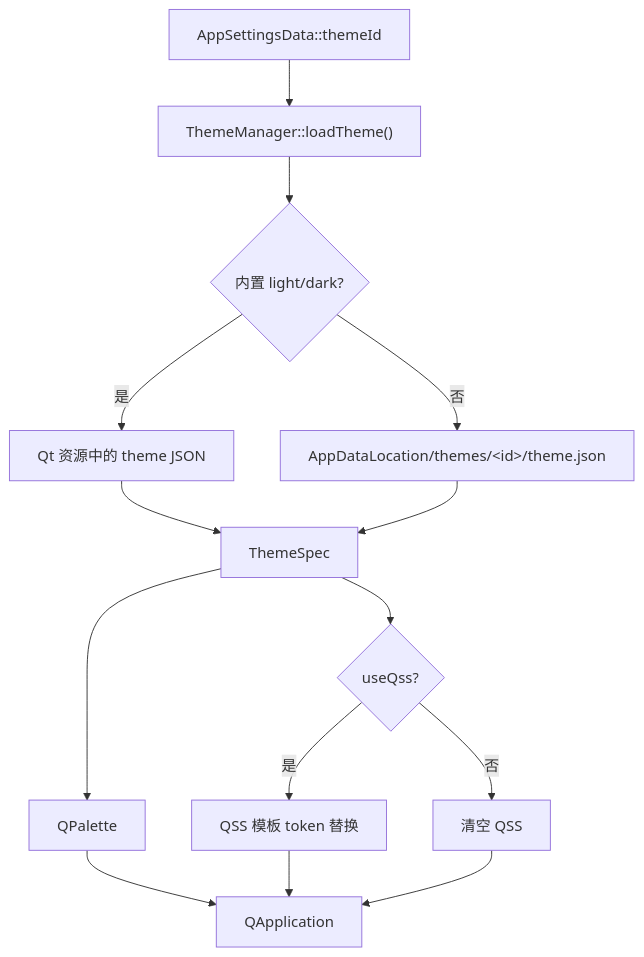
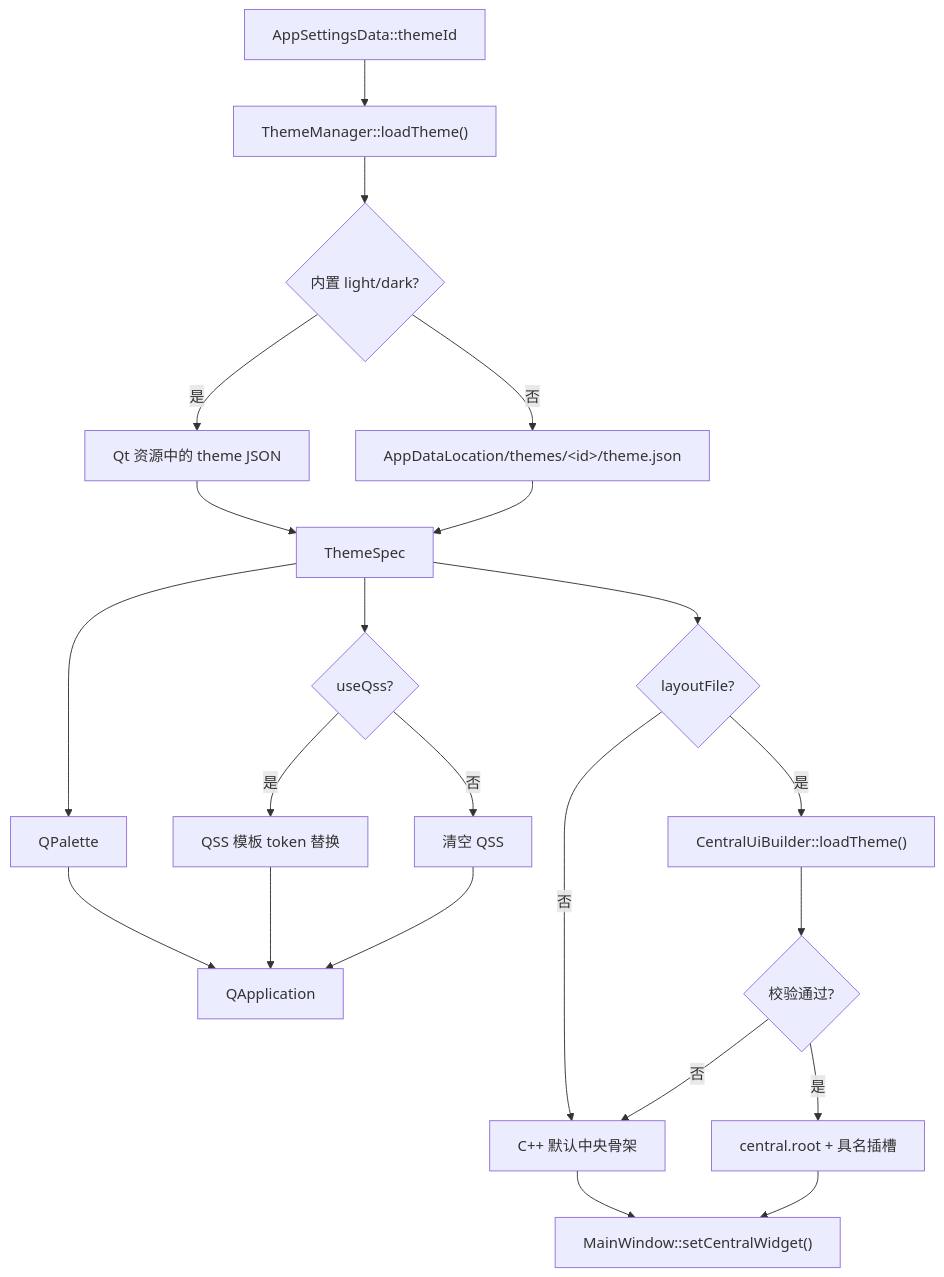
Before and after one commit to iLogIng/qt-rich-text-renderer: diagram 13 of 13 in docs/FLOW.md, drawn with Mermaid. The commit also changed other lines of this file and 6 other files, not shown here.

First line of the commit message:
docs: document the static .ui central layout contract

````diff
--- a/docs/FLOW.md
+++ b/docs/FLOW.md
@@ -366,16 +366,24 @@
 ```mermaid
 flowchart TD
     A["AppSettingsData::themeId"] --> B["ThemeManager::loadTheme()"]
     B --> C{"内置 light/dark?"}
     C -- 是 --> D["Qt 资源中的 theme JSON"]
     C -- 否 --> E["AppDataLocation/themes/&lt;id&gt;/theme.json"]
     D --> F["ThemeSpec"]
     E --> F
     F --> G["QPalette"]
     F --> H{"useQss?"}
     H -- 是 --> I["QSS 模板 token 替换"]
     H -- 否 --> J["清空 QSS"]
     G --> K["QApplication"]
     I --> K
     J --> K
+    F --> L{"layoutFile?"}
+    L -- 否 --> M["C++ 默认中央骨架"]
+    L -- 是 --> N["CentralUiBuilder::loadTheme()"]
+    N --> O{"校验通过?"}
+    O -- 否 --> M
+    O -- 是 --> P["central.root + 具名插槽"]
+    M --> Q["MainWindow::setCentralWidget()"]
+    P --> Q
 ```
````
